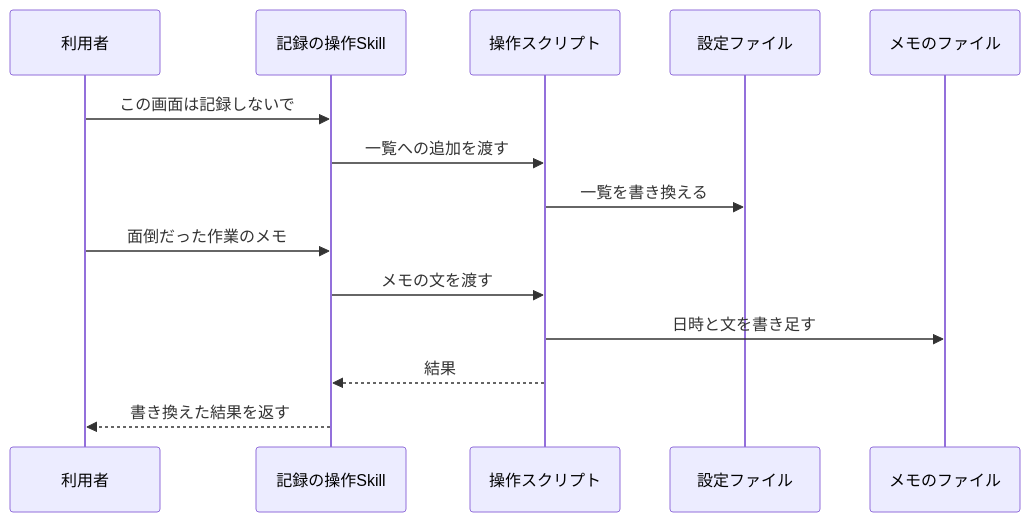
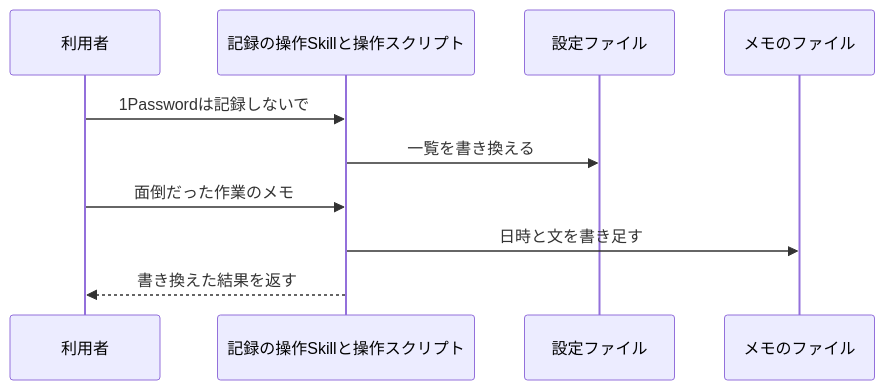
The third of 4 diagrams in apps/routine-work-finder/specs/activity-recording/design.md (dnode-ryosuke-yamazaki/study), drawn with Mermaid before and after one commit. The commit also changed other lines of this file and 9 other files, not shown here.

````diff
--- a/apps/routine-work-finder/specs/activity-recording/design.md
+++ b/apps/routine-work-finder/specs/activity-recording/design.md
@@ -126,16 +132,12 @@
 ```mermaid
 sequenceDiagram
     participant U as 利用者
-    participant S as 記録の操作Skill
-    participant C as 操作スクリプト
+    participant S as 記録の操作Skillと操作スクリプト
     participant F as 設定ファイル
     participant N as メモのファイル
-    U->>S: この画面は記録しないで
-    S->>C: 一覧への追加を渡す
-    C->>F: 一覧を書き換える
+    U->>S: 1Passwordは記録しないで
+    S->>F: 一覧を書き換える
     U->>S: 面倒だった作業のメモ
-    S->>C: メモの文を渡す
-    C->>N: 日時と文を書き足す
-    C-->>S: 結果
+    S->>N: 日時と文を書き足す
     S-->>U: 書き換えた結果を返す
 ```
````
